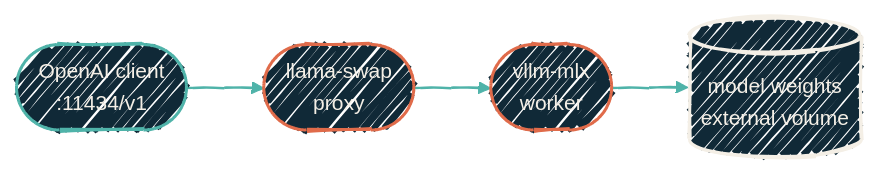
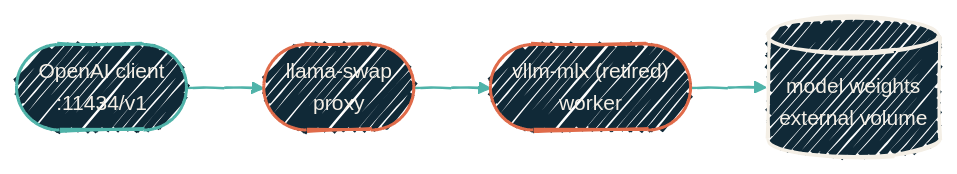
Before and after one commit to dryvist/docs: the diagram in local-llm/apple-silicon.mdx, drawn with Mermaid. The commit also changed other lines of this file and 100 other files, not shown here.

````diff
--- a/local-llm/apple-silicon.mdx
+++ b/local-llm/apple-silicon.mdx
@@ -24,21 +34,21 @@
 ```mermaid
 %%{init:
   {'theme':'base','look':'handDrawn','themeVariables':{'fontFamily':'Geist','fontSize':'14px','primaryColor':'#102937','primaryTextColor':'#F4EFE6','primaryBorderColor':'#4FB3A9','lineColor':'#4FB3A9','secondaryColor':'#0B1D2A','tertiaryColor':'#1A2A38','clusterBkg':'rgba(79,179,169,0.08)','clusterBorder':'#4FB3A9'}}}%%
   flowchart LR
   Caller([OpenAI client<br/>:11434/v1])
   Swap([llama-swap<br/>proxy])
-  Worker([vllm-mlx<br/>worker])
+  Worker(["vllm-mlx (retired)<br/>worker"])
   Weights[(model weights<br/>external volume)]
 
   Caller --> Swap --> Worker --> Weights
 
   classDef host fill:#102937,stroke:#4FB3A9,stroke-width:2px,color:#F4EFE6;
   classDef ai   fill:#102937,stroke:#E06B4A,stroke-width:2px,color:#F4EFE6;
   classDef sink fill:#102937,stroke:#F4EFE6,stroke-width:2px,color:#F4EFE6;
 
   class Caller host
   class Swap,Worker ai
   class Weights sink
 
   linkStyle default stroke:#4FB3A9,stroke-width:1.5px;
 ```
````
